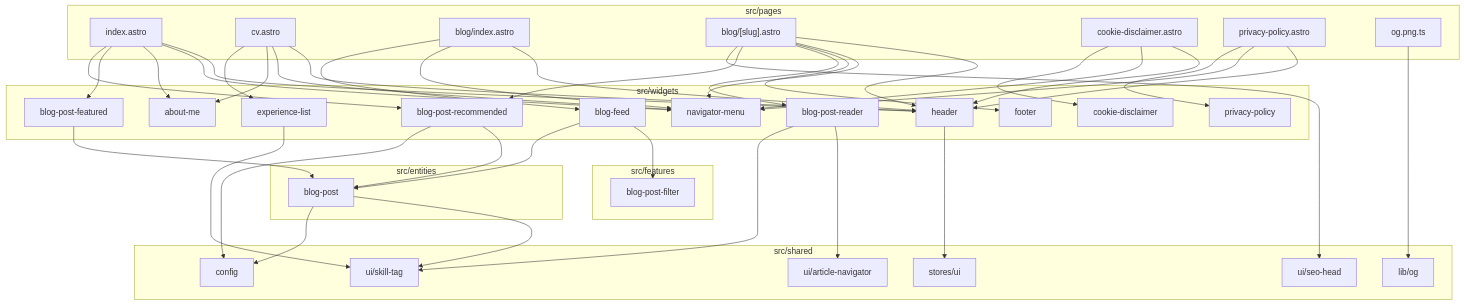
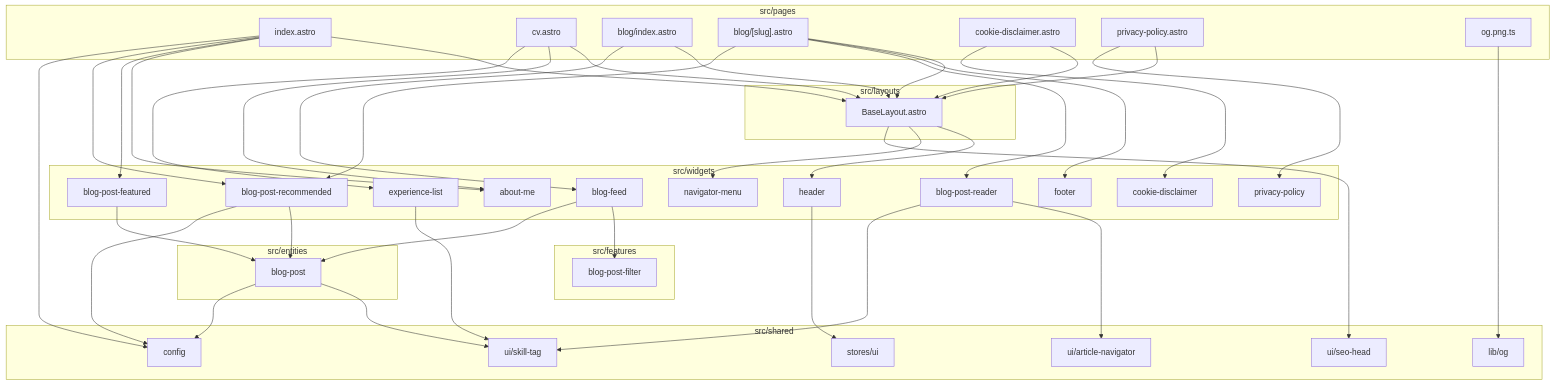
The diagram in docs/ARCHITECTURE.md (Alexits93/ai-architecture-portfolio), drawn with Mermaid before and after one commit. The commit also changed other lines of this file and 13 other files, not shown here.

First line of the commit message:
feat(layouts): render every page through BaseLayout with one SEO head (#114)

````diff
--- a/docs/ARCHITECTURE.md
+++ b/docs/ARCHITECTURE.md
@@ -5,59 +5,65 @@
 ```mermaid
 flowchart TD
     subgraph Pages["src/pages"]
         Index["index.astro"]
         CV["cv.astro"]
         BlogIndex["blog/index.astro"]
         BlogPost["blog/[slug].astro"]
         Cookie["cookie-disclaimer.astro"]
         Privacy["privacy-policy.astro"]
         OG["og.png.ts"]
+    end
+
+    subgraph Layouts["src/layouts"]
+        Base["BaseLayout.astro"]
     end
 
     subgraph Widgets["src/widgets"]
         Header["header"]
         Menu["navigator-menu"]
         Footer["footer"]
         AboutMe["about-me"]
         Experience["experience-list"]
         Featured["blog-post-featured"]
         Recommended["blog-post-recommended"]
         Feed["blog-feed"]
         Reader["blog-post-reader"]
         CookieW["cookie-disclaimer"]
         PrivacyW["privacy-policy"]
     end
 
     subgraph Features["src/features"]
         Filter["blog-post-filter"]
     end
 
     subgraph Entities["src/entities"]
         Post["blog-post"]
     end
 
     subgraph Shared["src/shared"]
         SkillTag["ui/skill-tag"]
         ArticleNav["ui/article-navigator"]
         SeoHead["ui/seo-head"]
         Store["stores/ui"]
         OgLib["lib/og"]
         Config["config"]
     end
 
-    Index --> Header & Menu & AboutMe & Featured & Recommended
-    CV --> Header & Menu & AboutMe & Experience
-    BlogIndex --> Header & Menu & Feed
-    BlogPost --> Header & Menu & Footer & Reader & Recommended & SeoHead
-    Cookie --> Header & Menu & CookieW
-    Privacy --> Header & Menu & PrivacyW
+    Index & CV & BlogIndex & BlogPost & Cookie & Privacy --> Base
+    Base --> Header & Menu & SeoHead
+    Index --> AboutMe & Featured & Recommended & Config
+    CV --> AboutMe & Experience
+    BlogIndex --> Feed
+    BlogPost --> Footer & Reader & Recommended
+    Cookie --> CookieW
+    Privacy --> PrivacyW
     OG --> OgLib
 
     Header --> Store
     Experience --> SkillTag
     Feed --> Filter & Post
     Featured --> Post
     Recommended --> Post & Config
     Reader --> ArticleNav & SkillTag
     Post --> SkillTag & Config
 ```
````
